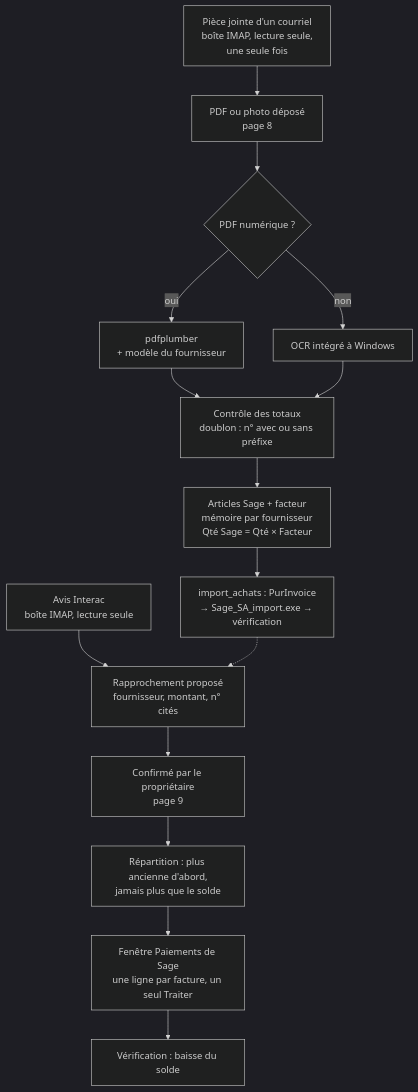
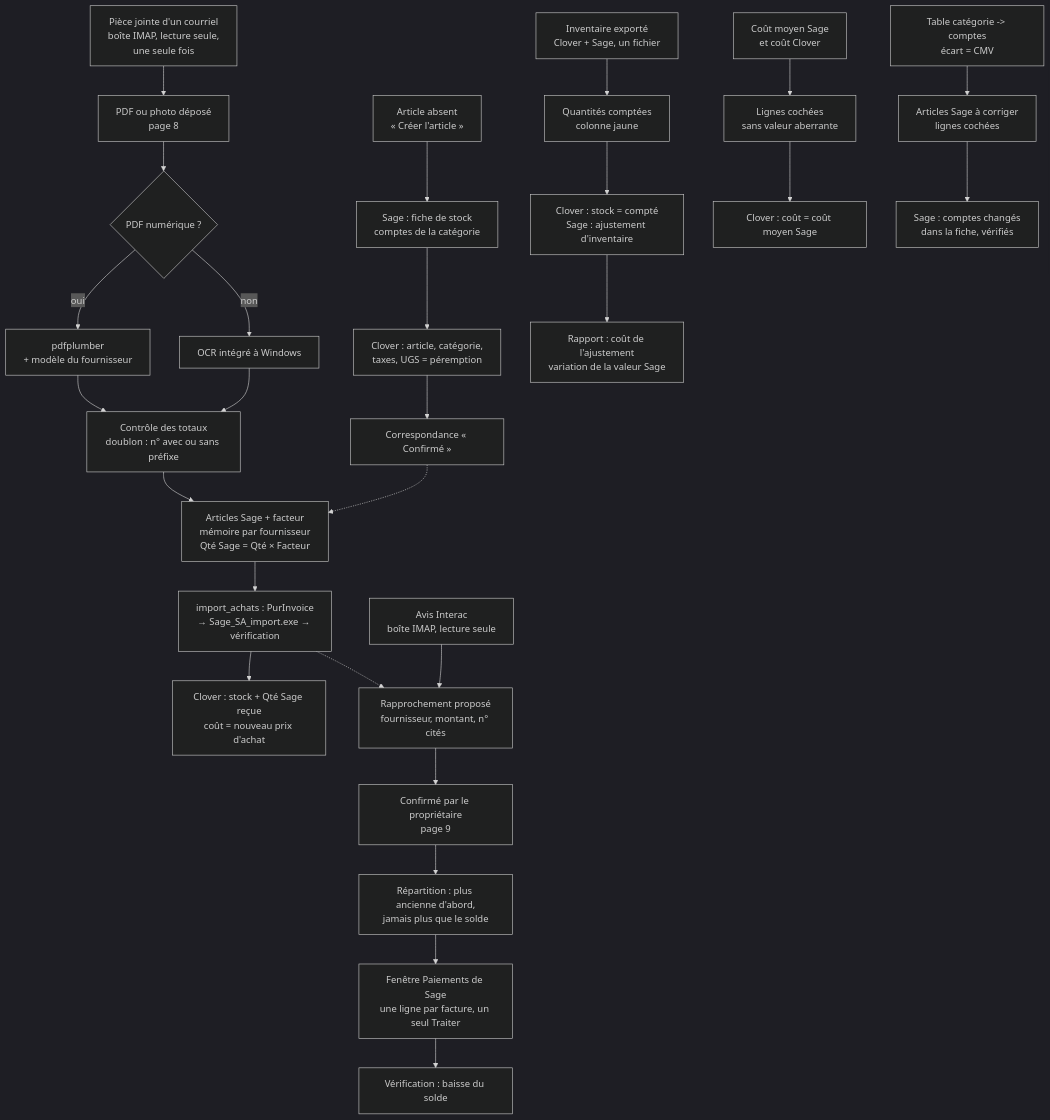
One commit to mteingueng-dot/MVOGMBI_Sync_2026.1 changed the seventh of 13 diagrams in ARCHITECTURE.md. Above: the diagram before and after it, drawn with Mermaid (dark theme). The commit also changed other lines of this file and 32 other files, not shown here.

Commit message:
Création d'articles Clover + Sage, stock et coût Clover à l'import, inventaire Clover + Sage, coûts Clover depuis le CUMP Sage, comptes Sage par catégorie, filtre mode de paiement et barres qui passent à la ligne (versions 1.13.0 à 1.15.1)

````diff
--- a/ARCHITECTURE.md
+++ b/ARCHITECTURE.md
@@ -254,16 +257,28 @@
 ```mermaid
 flowchart TD
     P0["Pièce jointe d'un courriel<br/>boîte IMAP, lecture seule,<br/>une seule fois"] --> P1
     P1["PDF ou photo déposé<br/>page 8"] --> P2{"PDF numérique ?"}
     P2 -- oui --> P3["pdfplumber<br/>+ modèle du fournisseur"]
     P2 -- non --> P4["OCR intégré à Windows"]
     P3 & P4 --> P5["Contrôle des totaux<br/>doublon : n° avec ou sans préfixe"]
     P5 --> P6["Articles Sage + facteur<br/>mémoire par fournisseur<br/>Qté Sage = Qté × Facteur"]
     P6 --> P7["import_achats : PurInvoice<br/>→ Sage_SA_import.exe → vérification"]
+    P7 --> P8["Clover : stock + Qté Sage reçue<br/>coût = nouveau prix d'achat"]
+    N1["Article absent<br/>« Créer l'article »"] --> N2["Sage : fiche de stock<br/>comptes de la catégorie"]
+    N2 --> N3["Clover : article, catégorie,<br/>taxes, UGS = péremption"]
+    N3 --> N4["Correspondance « Confirmé »"]
+    N4 -.-> P6
+    I1["Inventaire exporté<br/>Clover + Sage, un fichier"] --> I2["Quantités comptées<br/>colonne jaune"]
+    I2 --> I3["Clover : stock = compté<br/>Sage : ajustement d'inventaire"]
+    I3 --> I4["Rapport : coût de l'ajustement<br/>variation de la valeur Sage"]
+    K1["Coût moyen Sage<br/>et coût Clover"] --> K2["Lignes cochées<br/>sans valeur aberrante"]
+    K2 --> K3["Clover : coût = coût moyen Sage"]
+    T1["Table catégorie -> comptes<br/>écart = CMV"] --> T2["Articles Sage à corriger<br/>lignes cochées"]
+    T2 --> T3["Sage : comptes changés<br/>dans la fiche, vérifiés"]
     M1["Avis Interac<br/>boîte IMAP, lecture seule"] --> M2["Rapprochement proposé<br/>fournisseur, montant, n° cités"]
     M2 --> M3["Confirmé par le propriétaire<br/>page 9"]
     M3 --> M4["Répartition : plus ancienne d'abord,<br/>jamais plus que le solde"]
     M4 --> M5["Fenêtre Paiements de Sage<br/>une ligne par facture, un seul Traiter"]
     M5 --> M6["Vérification : baisse du solde"]
     P7 -.-> M2
 ```
````
